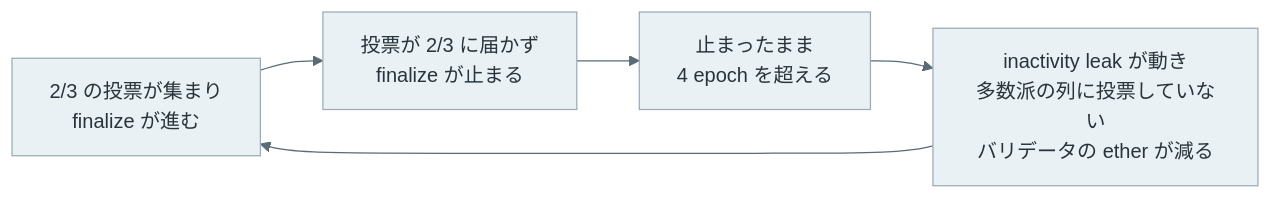
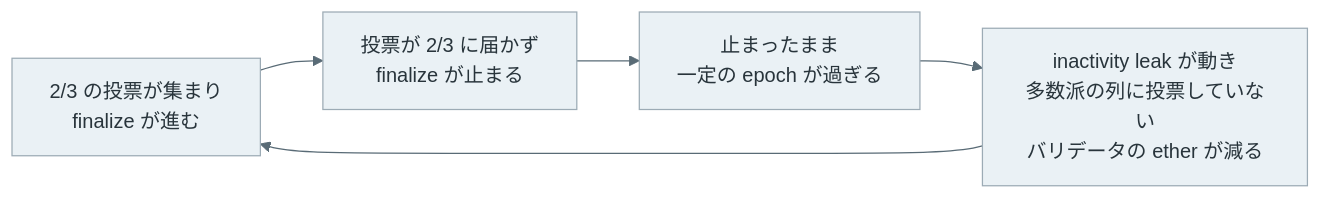
The seventh of 9 diagrams in content/notes/blockchain-systems/finality/index.md (nao1215/debimate), drawn with Mermaid before and after one commit. The commit also changed other lines of this file and 56 other files, not shown here.

````diff
--- a/content/notes/blockchain-systems/finality/index.md
+++ b/content/notes/blockchain-systems/finality/index.md
@@ -194,9 +195,9 @@
 ```mermaid
 %%{init: {"theme":"base","themeVariables":{"primaryColor":"#eaf1f5","primaryTextColor":"#28343b","primaryBorderColor":"#9cabb5","lineColor":"#596b76","textColor":"#28343b","actorBkg":"#eaf1f5","actorBorder":"#9cabb5","actorTextColor":"#28343b","actorLineColor":"#9cabb5","signalColor":"#596b76","signalTextColor":"#28343b","noteBkgColor":"#f7f1e5","noteBorderColor":"#c5b99b","noteTextColor":"#403c32","activationBkgColor":"#edf3ef","activationBorderColor":"#9aafa1"}}}%%
 flowchart LR
     A["2/3 の投票が集まり<br/>finalize が進む"] --> B["投票が 2/3 に届かず<br/>finalize が止まる"]
-    B --> C["止まったまま<br/>4 epoch を超える"]
+    B --> C["止まったまま<br/>一定の epoch が過ぎる"]
     C --> D["inactivity leak が動き<br/>多数派の列に投票していない<br/>バリデータの ether が減る"]
     D --> A
     classDef default fill:#eaf1f5,stroke:#9cabb5,color:#28343b;
 ```
````
